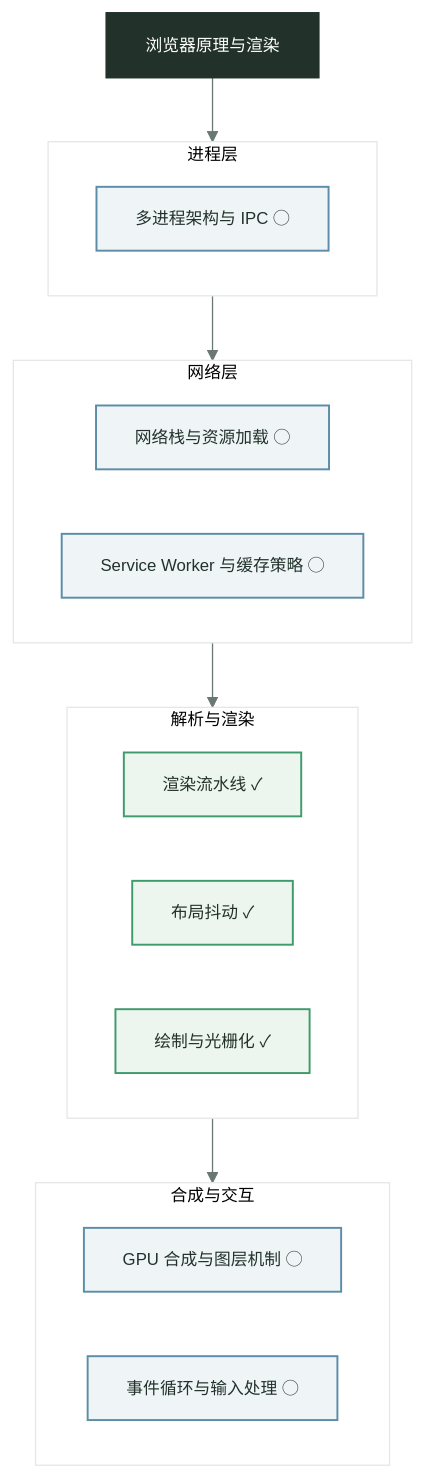
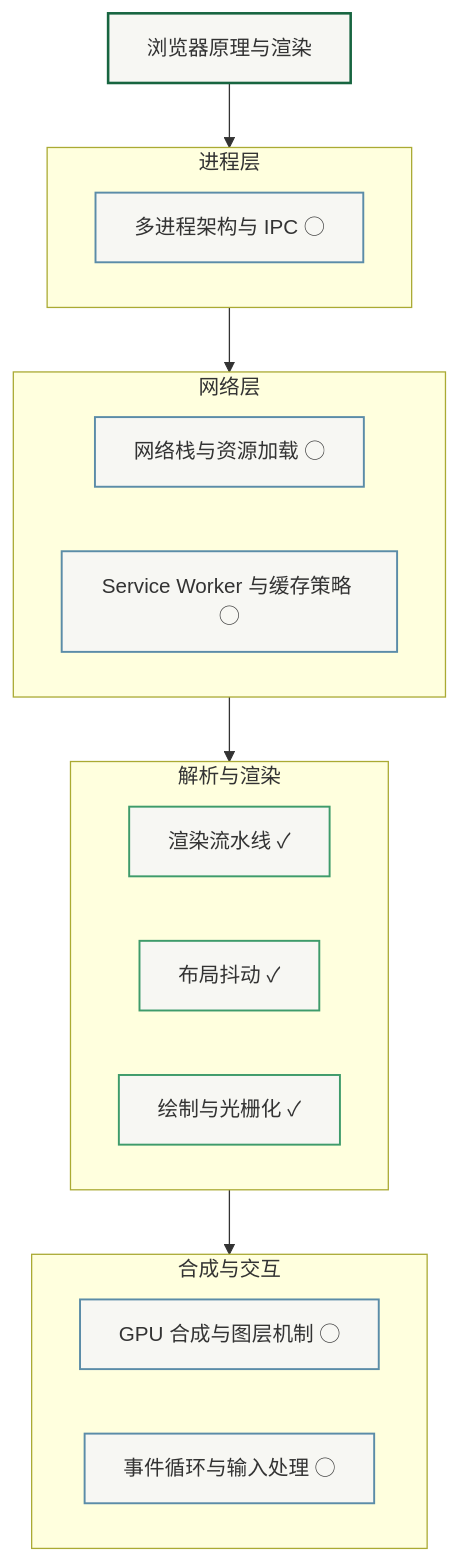
The diagram in docs/browser/index.md (Fatejian/frontier-vault), drawn with Mermaid before and after one commit. The commit also changed 65 other files, not shown here.

First line of the commit message:
fix(theme): unify mermaid chart palette and remove solid core fills

````diff
--- a/docs/browser/index.md
+++ b/docs/browser/index.md
@@ -17,39 +17,37 @@
 ```mermaid
-%%{init: {'theme': 'base', 'themeVariables': {'fontFamily': 'Inter, PingFang SC, Microsoft YaHei, sans-serif', 'primaryColor': '#F4F7F4', 'primaryTextColor': '#22322B', 'primaryBorderColor': '#CDD8D2', 'lineColor': '#6B7772', 'fontSize': '13px'}}}%%
-
 flowchart TB
     M["浏览器原理与渲染"]
 
     subgraph Proc["进程层"]
         N1["多进程架构与 IPC ◯"]
     end
 
     subgraph Net["网络层"]
         N2["网络栈与资源加载 ◯"]
         N3["Service Worker 与缓存策略 ◯"]
     end
 
     subgraph Render["解析与渲染"]
         R1["渲染流水线 ✓"]
         R2["布局抖动 ✓"]
         R3["绘制与光栅化 ✓"]
     end
 
     subgraph Comp["合成与交互"]
         C1["GPU 合成与图层机制 ◯"]
         C2["事件循环与输入处理 ◯"]
     end
 
     M --> Proc
     Proc --> Net
     Net --> Render
     Render --> Comp
 
-    classDef core fill:#22322B,color:#fff,stroke:#22322B,stroke-width:2px
-    classDef work fill:#EDF5EF,stroke:#3E9B6B,color:#22322B,stroke-width:1.5px
-    classDef wait fill:#EFF5F7,stroke:#5B8CA8,color:#22322B,stroke-width:1.5px
+    classDef core fill:#F7F7F3,stroke:#176540,stroke-width:2px;
+    classDef work fill:#F7F7F3,stroke:#3E9B6B,stroke-width:1.5px;
+    classDef wait fill:#F7F7F3,stroke:#5B8CA8,stroke-width:1.5px;
 
     class M core
     class N1,N2,N3,C1,C2 wait
     class R1,R2,R3 work
 ```
````
